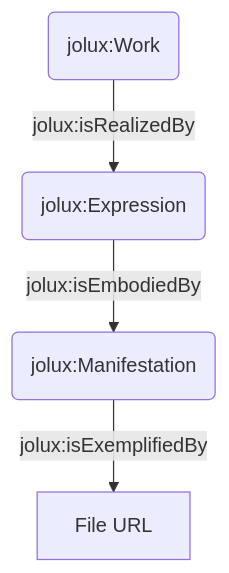
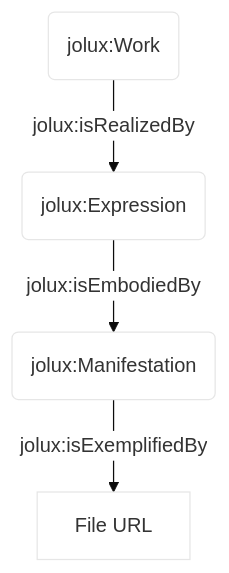
The diagram in doc/3_tutorial.md (bequrios/jolux-sphinx), drawn with Mermaid before and after one commit. The commit also changed 1 other file, not shown here.

Commit message:
update mermaid theme

````diff
--- a/doc/3_tutorial.md
+++ b/doc/3_tutorial.md
@@ -79,11 +79,12 @@
 ```mermaid
+%%{init: {'theme': 'base', 'themeVariables': {'primaryColor': '#ffffff'}}}%%
 flowchart TD
     Work(jolux:Work)
     Expression(jolux:Expression)
     Manifestation(jolux:Manifestation)
     Work-->|jolux:isRealizedBy| Expression
     Expression --> |jolux:isEmbodiedBy| Manifestation
     Manifestation --> |jolux:isExemplifiedBy| File[File URL]
 
     linkStyle default stroke-width:1;
 ```
````
